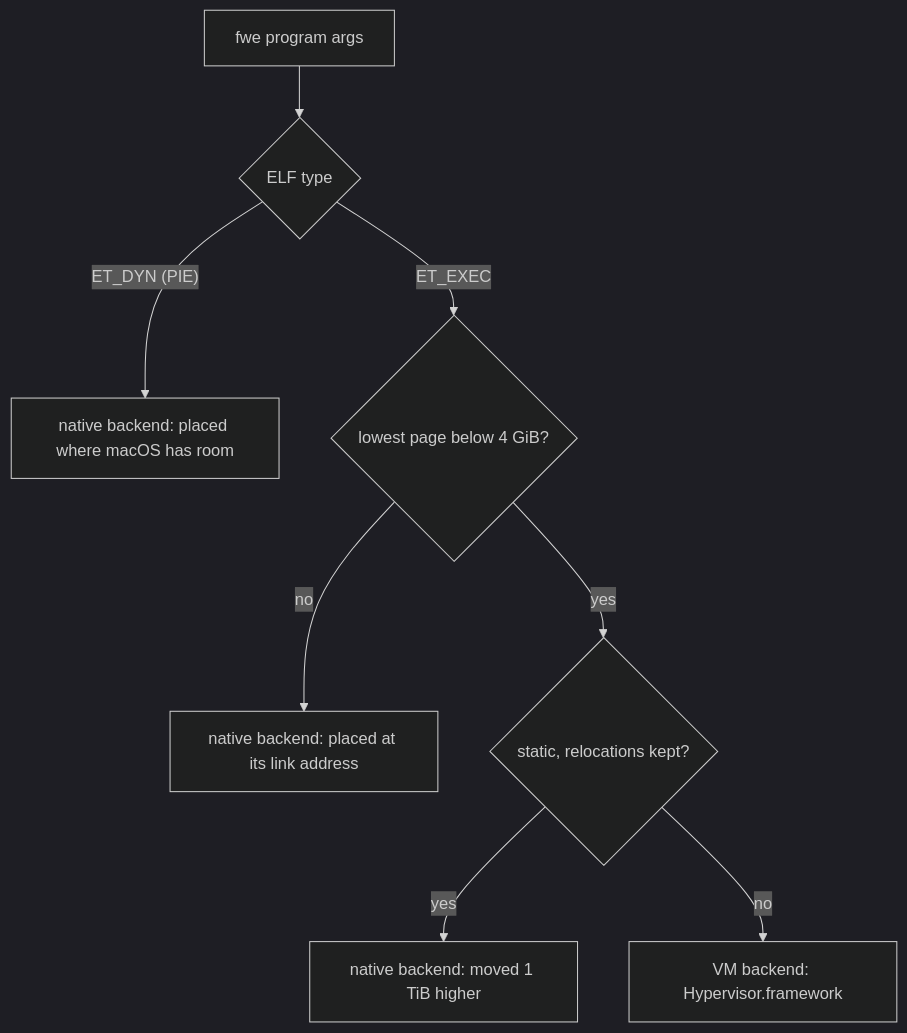
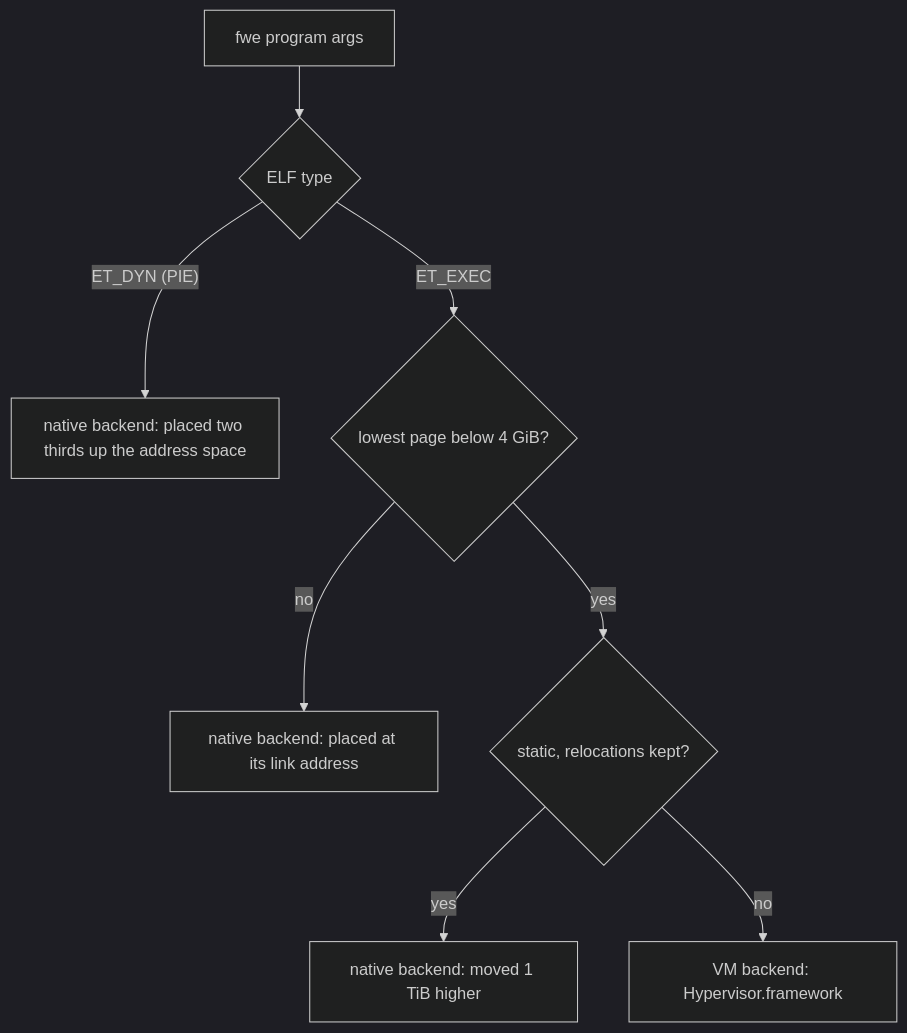
One commit to e6qu/fun-with-emulators changed the second of 11 diagrams in docs/linux-on-macos.md. Above: the diagram before and after it, drawn with Mermaid (dark theme). The commit also changed other lines of this file and 134 other files, not shown here.

````diff
--- a/docs/linux-on-macos.md
+++ b/docs/linux-on-macos.md
@@ -127,10 +128,10 @@
 ```mermaid
 flowchart TD
     start["fwe program args"] --> elf{"ELF type"}
-    elf -- "ET_DYN (PIE)" --> native["native backend: placed where macOS has room"]
+    elf -- "ET_DYN (PIE)" --> native["native backend: placed two thirds up the address space"]
     elf -- "ET_EXEC" --> where{"lowest page below 4 GiB?"}
     where -- no --> native2["native backend: placed at its link address"]
     where -- yes --> moves{"static, relocations kept?"}
     moves -- yes --> native3["native backend: moved 1 TiB higher"]
     moves -- no --> vm["VM backend: Hypervisor.framework"]
 ```
````
